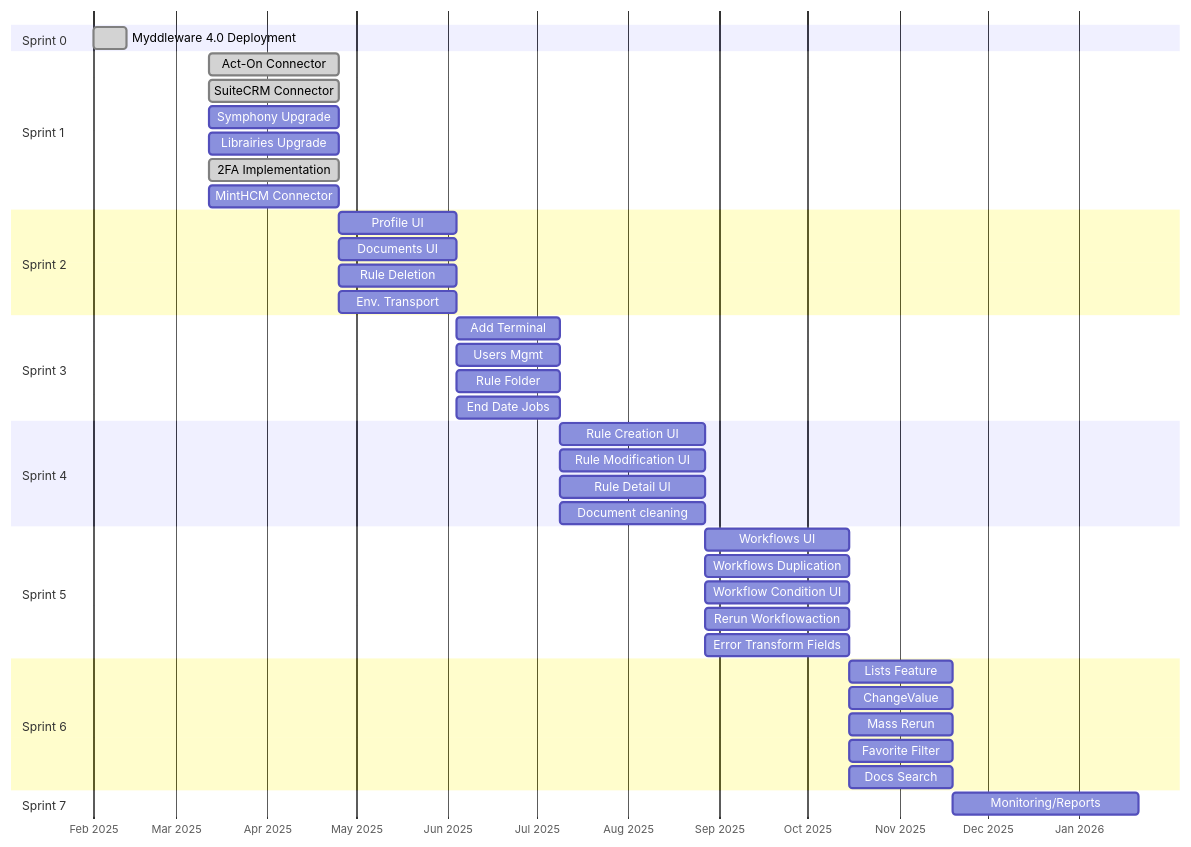
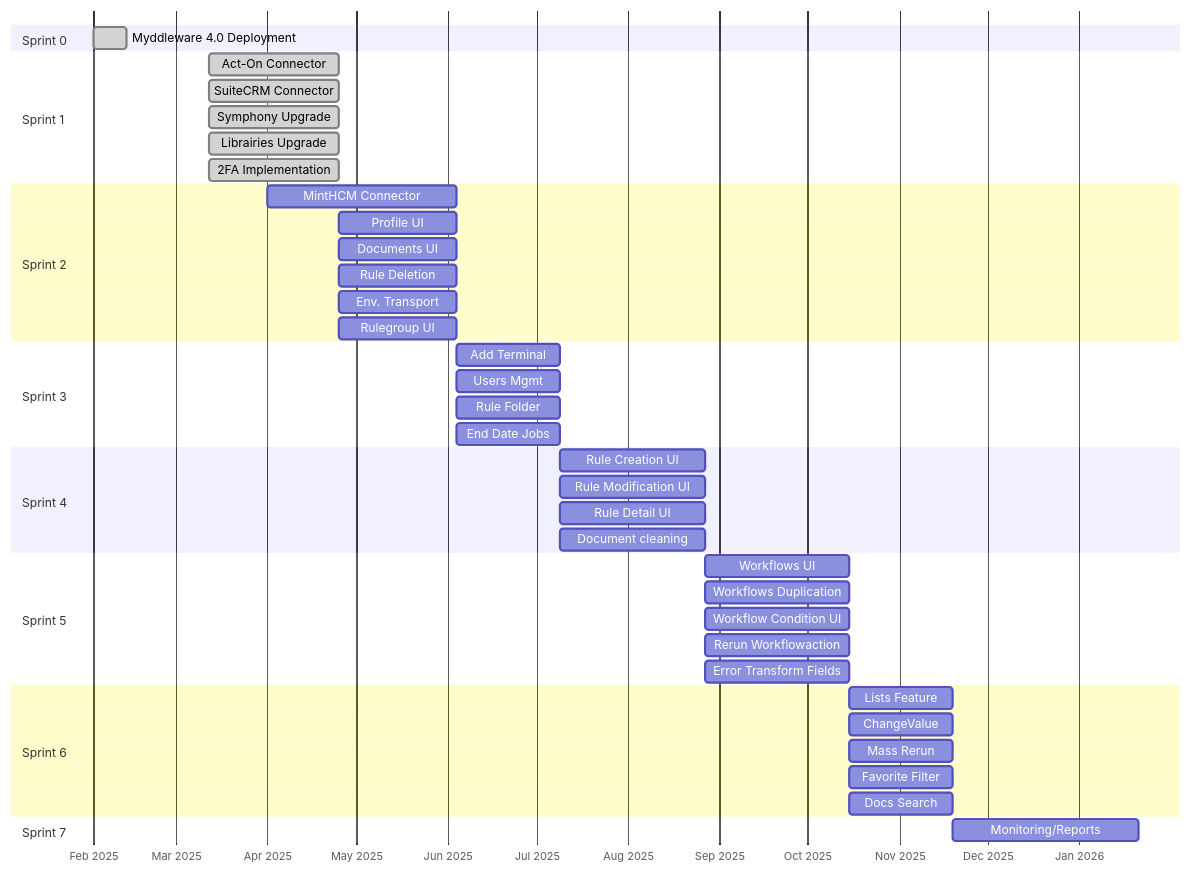
The diagram in roadmap/roadmap.md (Myddleware/myddleware-docs), drawn with Mermaid before and after one commit.

Commit message:
Update done tasks roadmap

````diff
--- a/roadmap/roadmap.md
+++ b/roadmap/roadmap.md
@@ -62,53 +62,54 @@
 ```mermaid
 gantt
     dateFormat YYYY-MM-DD
     axisFormat %b %Y
         
     section Sprint 0
     Myddleware 4.0 Deployment       :done, 2025-02-01, 2025-02-12
 
     section Sprint 1
     Act-On Connector    :done, 2025-03-12, 2025-04-25
     SuiteCRM Connector    :done, 2025-03-12, 2025-04-25
-    Symphony Upgrade       : 2025-03-12, 2025-04-25
-    Librairies Upgrade    :2025-03-12, 2025-04-25
-    2FA Implementation           :done, 2025-03-12, 2025-04-25
-    MintHCM Connector    :2025-03-12, 2025-04-25
+    Symphony Upgrade       :done, 2025-03-12, 2025-04-25
+    Librairies Upgrade    :done, 2025-03-12, 2025-04-25
+    2FA Implementation          :done, 2025-03-12, 2025-04-25
 
     section Sprint 2
+    MintHCM Connector    :2025-04-01, 2025-06-04
     Profile UI        :2025-04-25, 2025-06-04
     Documents UI         :2025-04-25, 2025-06-04
     Rule Deletion       :2025-04-25, 2025-06-04
     Env. Transport     :2025-04-25, 2025-06-04
+    Rulegroup UI        :2025-04-25, 2025-06-04
 
     section Sprint 3
     Add Terminal             :2025-06-04, 2025-07-09
     Users Mgmt        :2025-06-04, 2025-07-09
     Rule Folder        :2025-06-04, 2025-07-09
     End Date Jobs        :2025-06-04, 2025-07-09
 
     section Sprint 4
     Rule Creation UI   :2025-07-09, 2025-08-27
     Rule Modification UI     :2025-07-09, 2025-08-27
     Rule Detail UI       :2025-07-09, 2025-08-27
     Document cleaning        :2025-07-09, 2025-08-27
 
     section Sprint 5
     Workflows UI        :2025-08-27, 2025-10-15
     Workflows Duplication    :2025-08-27, 2025-10-15
     Workflow Condition UI        :2025-08-27, 2025-10-15
     Rerun Workflowaction   :2025-08-27, 2025-10-15
     Error Transform Fields   :2025-08-27, 2025-10-15
 
     section Sprint 6
     Lists Feature        :2025-10-15, 2025-11-19
     ChangeValue         :2025-10-15, 2025-11-19
     Mass Rerun           :2025-10-15, 2025-11-19
     Favorite Filter         :2025-10-15, 2025-11-19
     Docs Search     :2025-10-15, 2025-11-19
 
     section Sprint 7
     Monitoring/Reports       :2025-11-19, 2026-01-21
 
   
 ```
````
